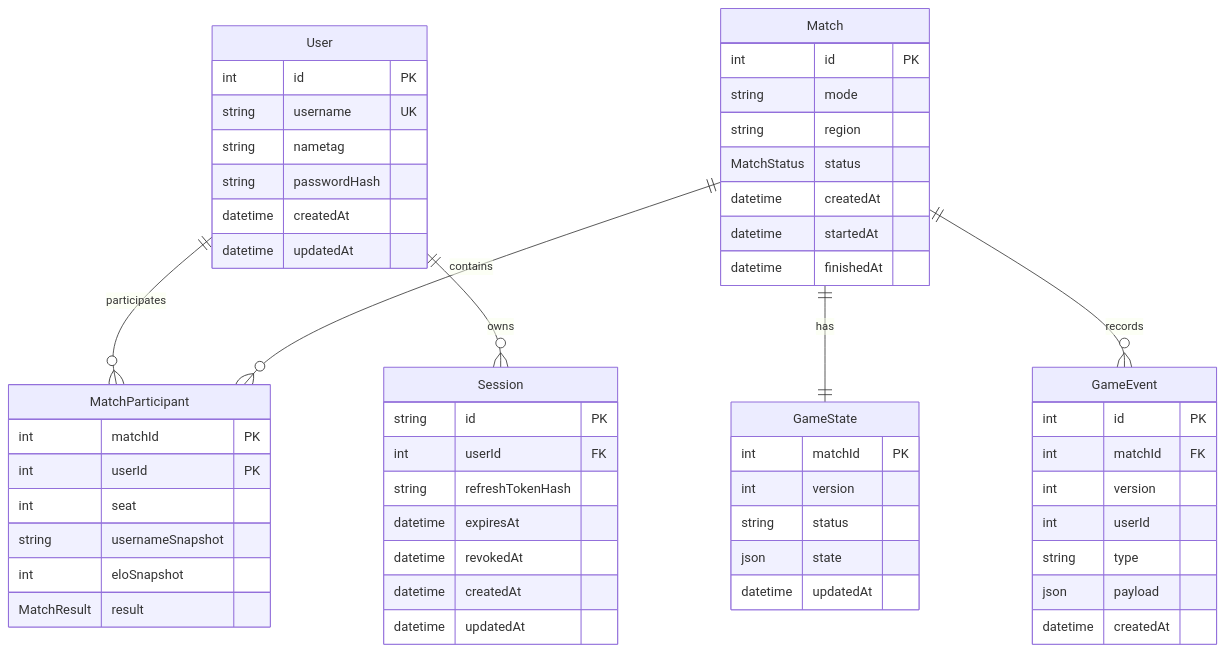
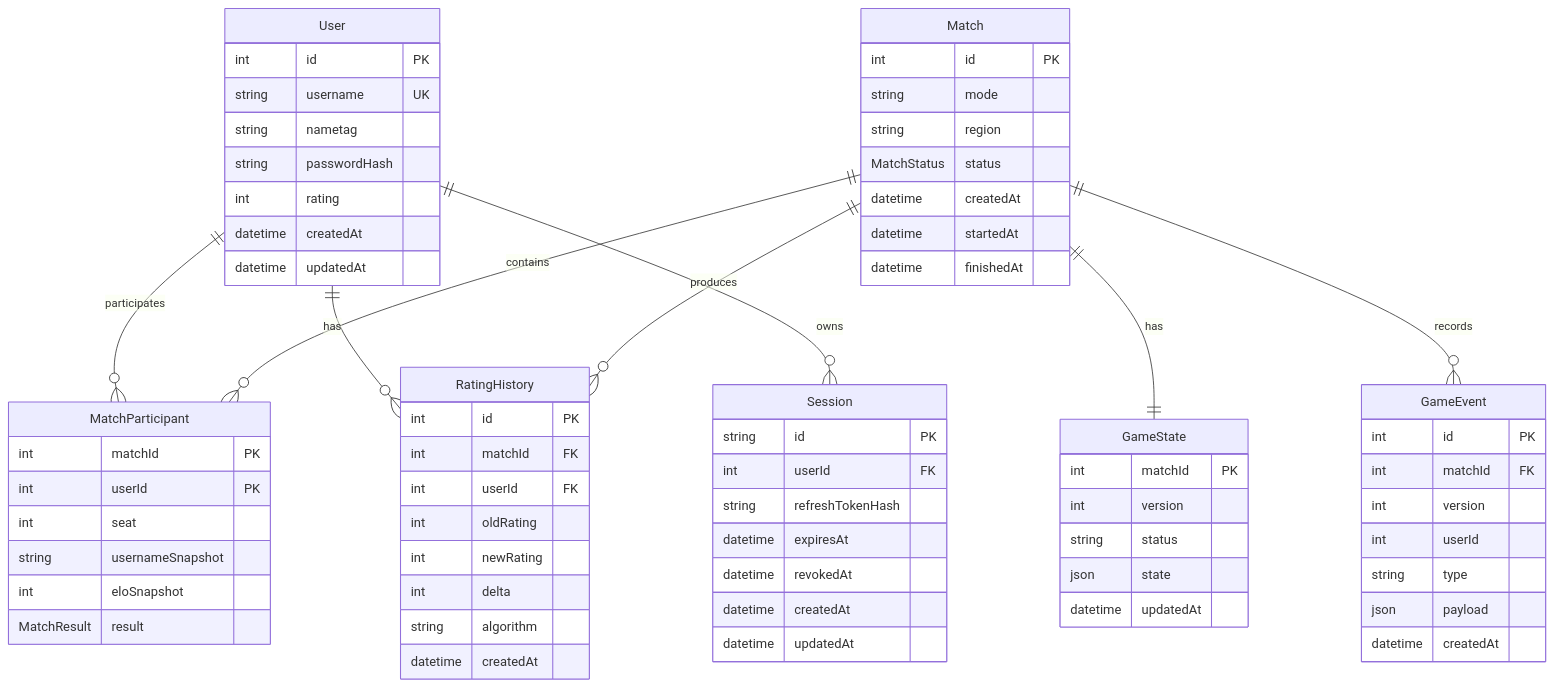
One commit to keezeden/qtime changed the diagram in docs/data-model.md. Above: the diagram before and after it, drawn with Mermaid. The commit also changed other lines of this file and 13 other files, not shown here.

````diff
--- a/docs/data-model.md
+++ b/docs/data-model.md
@@ -7,64 +7,78 @@
 ```mermaid
 erDiagram
   User ||--o{ MatchParticipant : participates
+  User ||--o{ RatingHistory : has
   User ||--o{ Session : owns
   Match ||--o{ MatchParticipant : contains
   Match ||--|| GameState : has
   Match ||--o{ GameEvent : records
+  Match ||--o{ RatingHistory : produces
 
   User {
     int id PK
     string username UK
     string nametag
     string passwordHash
+    int rating
     datetime createdAt
     datetime updatedAt
   }
 
   Session {
     string id PK
     int userId FK
     string refreshTokenHash
     datetime expiresAt
     datetime revokedAt
     datetime createdAt
     datetime updatedAt
   }
 
   Match {
     int id PK
     string mode
     string region
     MatchStatus status
     datetime createdAt
     datetime startedAt
     datetime finishedAt
   }
 
   MatchParticipant {
     int matchId PK
     int userId PK
     int seat
     string usernameSnapshot
     int eloSnapshot
     MatchResult result
   }
 
   GameState {
     int matchId PK
     int version
     string status
     json state
     datetime updatedAt
   }
 
   GameEvent {
     int id PK
     int matchId FK
     int version
     int userId
     string type
     json payload
     datetime createdAt
   }
+
+  RatingHistory {
+    int id PK
+    int matchId FK
+    int userId FK
+    int oldRating
+    int newRating
+    int delta
+    string algorithm
+    datetime createdAt
+  }
 ```
````
